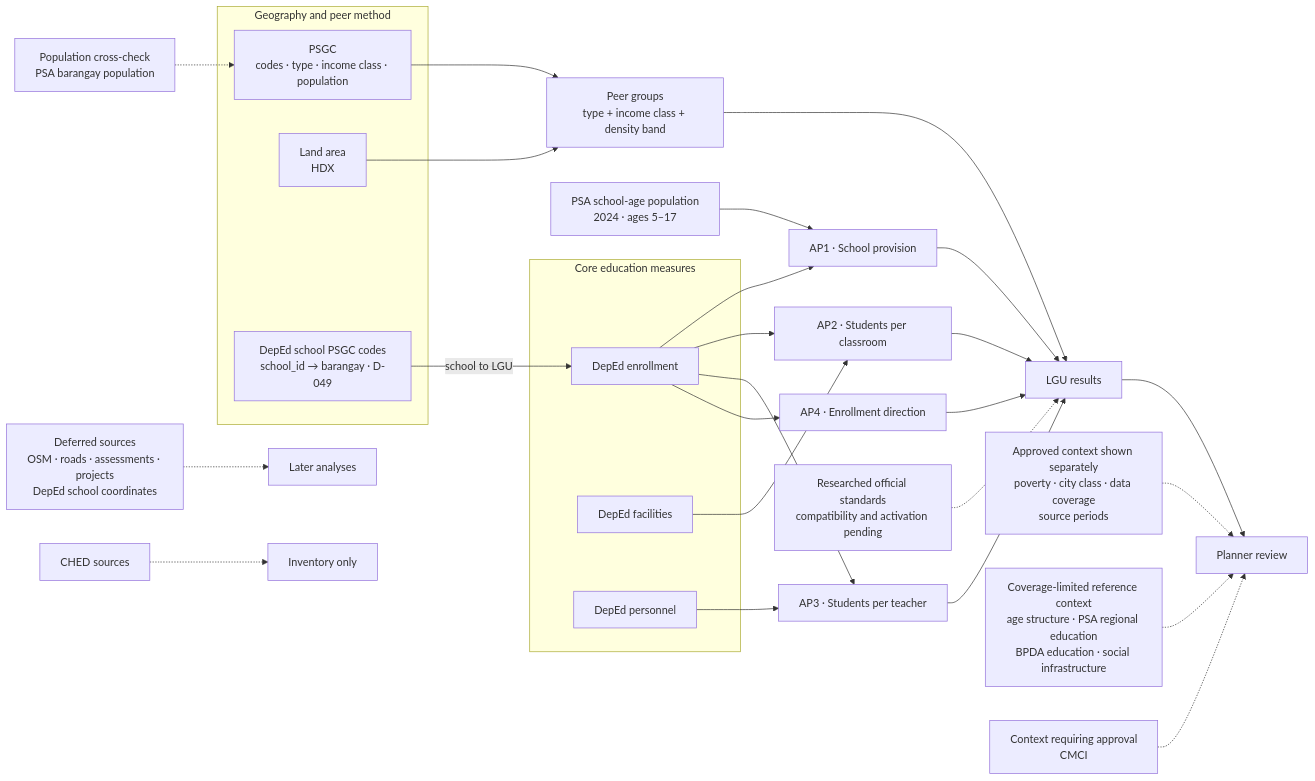
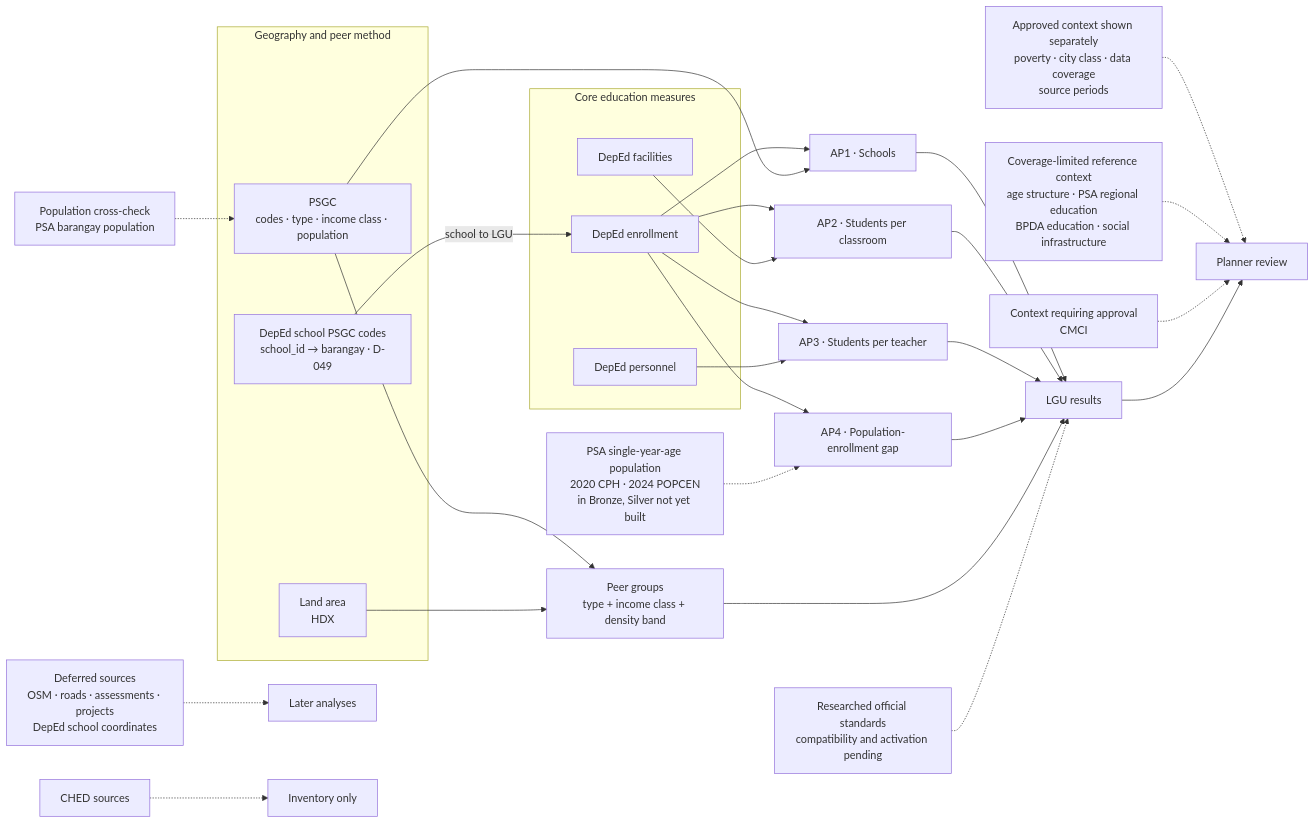
One commit to reached-hq/edu-access-intelligence changed the diagram in docs/business/dataset-use-map.md. Above: the diagram before and after it, drawn with Mermaid. The commit also changed other lines of this file and 17 other files, not shown here.

````diff
--- a/docs/business/dataset-use-map.md
+++ b/docs/business/dataset-use-map.md
@@ -21,40 +21,41 @@
 ```mermaid
 flowchart LR
     subgraph CORE["Core education measures"]
         ENR["DepEd enrollment"]
         FAC["DepEd facilities"]
         PER["DepEd personnel"]
     end
 
     subgraph METHOD["Geography and peer method"]
     PSGC["PSGC<br/>codes · type · income class · population"]
     AREA["Land area<br/>HDX"]
     XWALK["DepEd school PSGC codes<br/>school_id → barangay · D-049"]
     end
 
     XWALK -->|"school to LGU"| ENR
-    ENR --> AP1["AP1 · School provision"]
-    AGE["PSA school-age population<br/>2024 · ages 5–17"] --> AP1
+    ENR --> AP1["AP1 · Schools"]
+    PSGC --> AP1
     ENR --> AP2["AP2 · Students per classroom"]
     FAC --> AP2
     ENR --> AP3["AP3 · Students per teacher"]
     PER --> AP3
-    ENR --> AP4["AP4 · Enrollment direction"]
+    ENR --> AP4["AP4 · Population-enrollment gap"]
+    AGE["PSA single-year-age population<br/>2020 CPH · 2024 POPCEN<br/>in Bronze, Silver not yet built"] -.-> AP4
 
     PSGC --> PEERS["Peer groups<br/>type + income class + density band"]
     AREA --> PEERS
     AP1 --> RESULT["LGU results"]
     AP2 --> RESULT
     AP3 --> RESULT
     AP4 --> RESULT
     PEERS --> RESULT
     STANDARD["Researched official standards<br/>compatibility and activation pending"] -.-> RESULT
 
     CONTEXT["Approved context shown separately<br/>poverty · city class · data coverage<br/>source periods"] -.-> DASH["Planner review"]
     LIMITED["Coverage-limited reference context<br/>age structure · PSA regional education<br/>BPDA education · social infrastructure"] -.-> DASH
     CANDIDATE["Context requiring approval<br/>CMCI"] -.-> DASH
     POPCHECK["Population cross-check<br/>PSA barangay population"] -.-> PSGC
     RESULT --> DASH
     DEFER["Deferred sources<br/>OSM · roads · assessments · projects<br/>DepEd school coordinates"] -.-> LATER["Later analyses"]
     EXCLUDED["CHED sources"] -.-> RECORD["Inventory only"]
 ```
````
